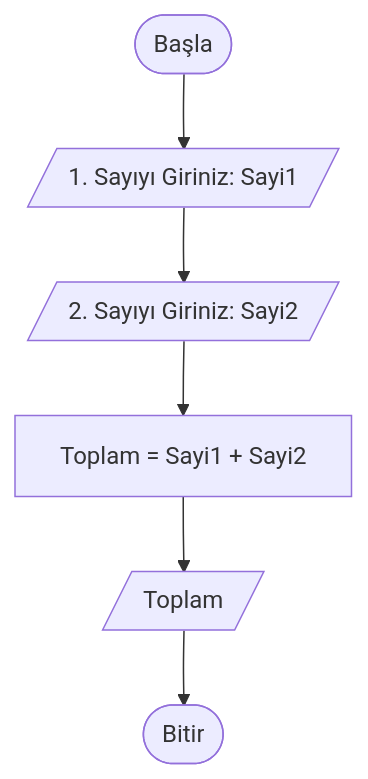
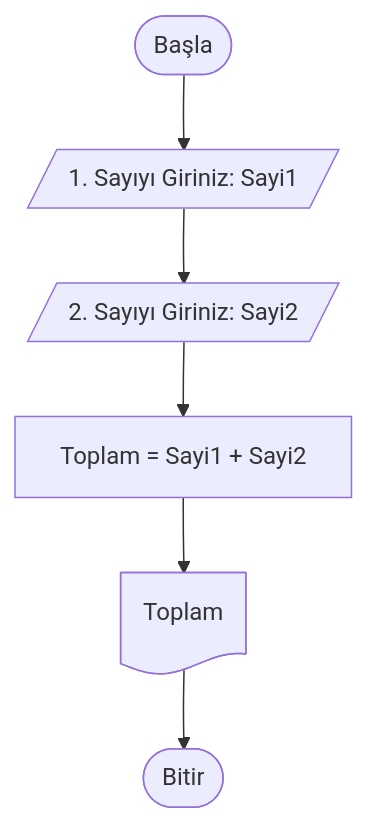
Before and after one commit to ibrahimayaz/Algoritma-ve-Programlamaya-Giris: the first of 10 diagrams in Hafta_04_Akis_Diyagramlari_1.md, drawn with Mermaid. The commit also changed other lines of this file, not shown here.

````diff
--- a/Hafta_04_Akis_Diyagramlari_1.md
+++ b/Hafta_04_Akis_Diyagramlari_1.md
@@ -45,8 +46,8 @@
 ```mermaid
 graph TD
     A([Başla]) --> B[/1. Sayıyı Giriniz: Sayi1/]
     B --> C[/2. Sayıyı Giriniz: Sayi2/]
     C --> D[Toplam = Sayi1 + Sayi2]
-    D --> E[/Toplam/]
+    D --> E@{ shape: doc, label: "Toplam" }
     E --> F([Bitir])
 ```
````
